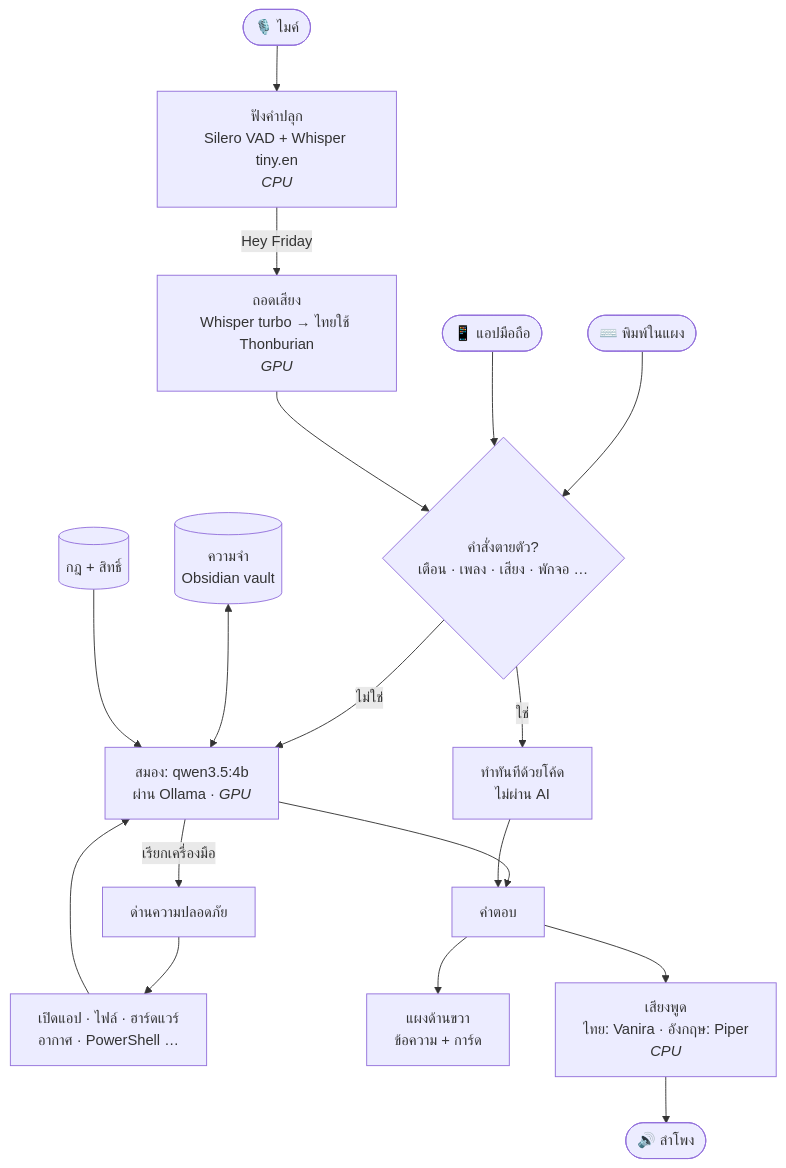
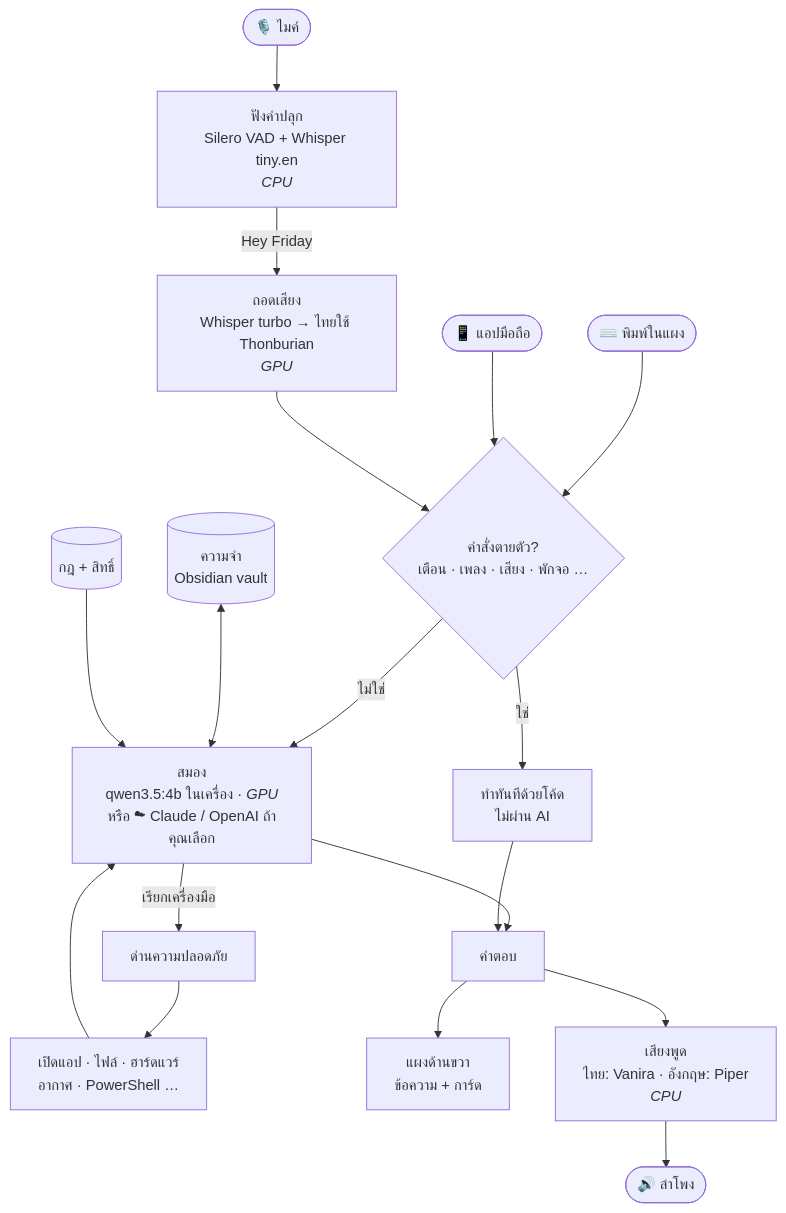
One commit to RikuAlice01/F.R.I.D.A.Y. changed the first of 3 diagrams in README.md. Above: the diagram before and after it, drawn with Mermaid. The commit also changed other lines of this file, not shown here.

Commit message:
README: cloud brain throughout (overview diagram, tray menu, examples, data locations, cost limitation, troubleshooting)

````diff
--- a/README.md
+++ b/README.md
@@ -105,20 +107,20 @@
 ```mermaid
 flowchart TD
     mic(["🎙️ ไมค์"]) --> wake["ฟังคำปลุก<br/>Silero VAD + Whisper tiny.en<br/><i>CPU</i>"]
     wake -- "Hey Friday" --> stt["ถอดเสียง<br/>Whisper turbo → ไทยใช้ Thonburian<br/><i>GPU</i>"]
     keyboard(["⌨️ พิมพ์ในแผง"]) --> fixed
     phone(["📱 แอปมือถือ"]) --> fixed
     stt --> fixed{"คำสั่งตายตัว?<br/>เตือน · เพลง · เสียง · พักจอ …"}
     fixed -- "ใช่" --> act["ทำทันทีด้วยโค้ด<br/>ไม่ผ่าน AI"]
-    fixed -- "ไม่ใช่" --> llm["สมอง: qwen3.5:4b<br/>ผ่าน Ollama · <i>GPU</i>"]
+    fixed -- "ไม่ใช่" --> llm["สมอง<br/>qwen3.5:4b ในเครื่อง · <i>GPU</i><br/>หรือ ☁ Claude / OpenAI ถ้าคุณเลือก"]
     mem[("ความจำ<br/>Obsidian vault")] <--> llm
     rules[("กฎ + สิทธิ์")] --> llm
     llm -- "เรียกเครื่องมือ" --> gate["ด่านความปลอดภัย"]
     gate --> tools["เปิดแอป · ไฟล์ · ฮาร์ดแวร์<br/>อากาศ · PowerShell …"]
     tools --> llm
     llm --> reply["คำตอบ"]
     act --> reply
     reply --> panel["แผงด้านขวา<br/>ข้อความ + การ์ด"]
     reply --> tts["เสียงพูด<br/>ไทย: Vanira · อังกฤษ: Piper<br/><i>CPU</i>"]
     tts --> spk(["🔊 ลำโพง"])
 ```
````
